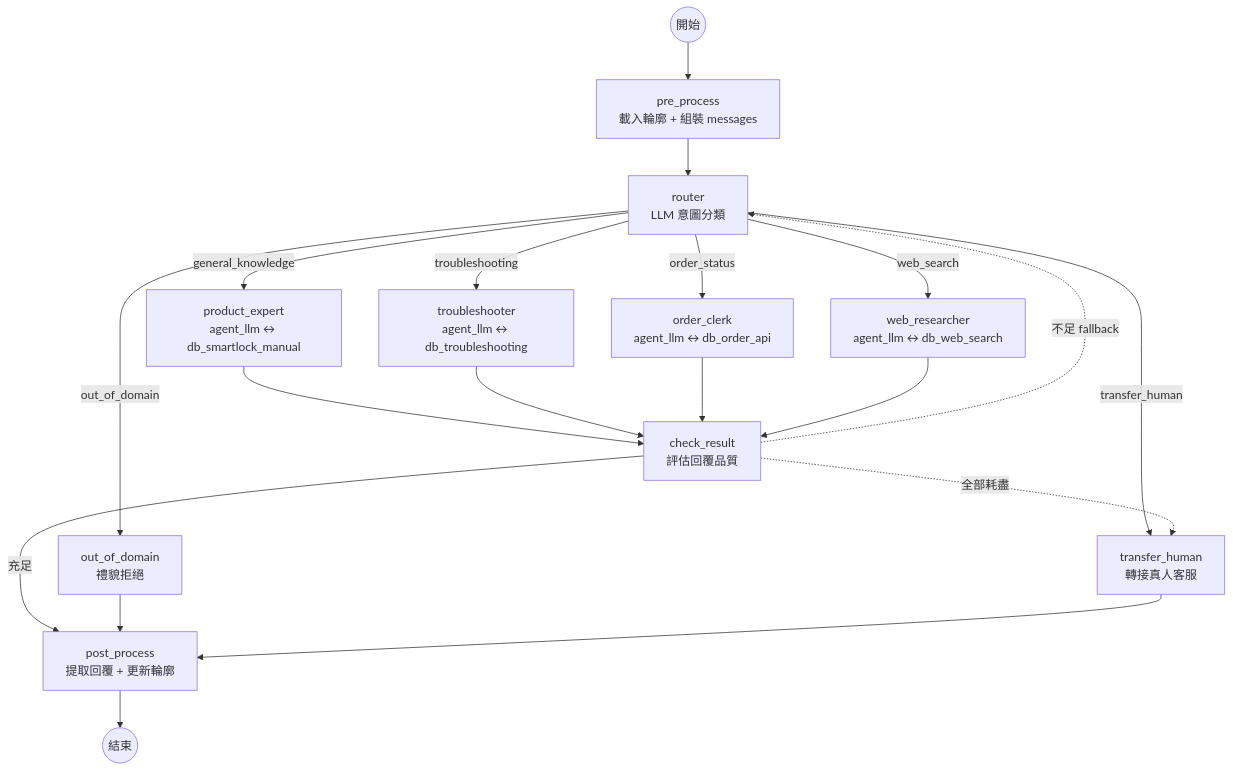
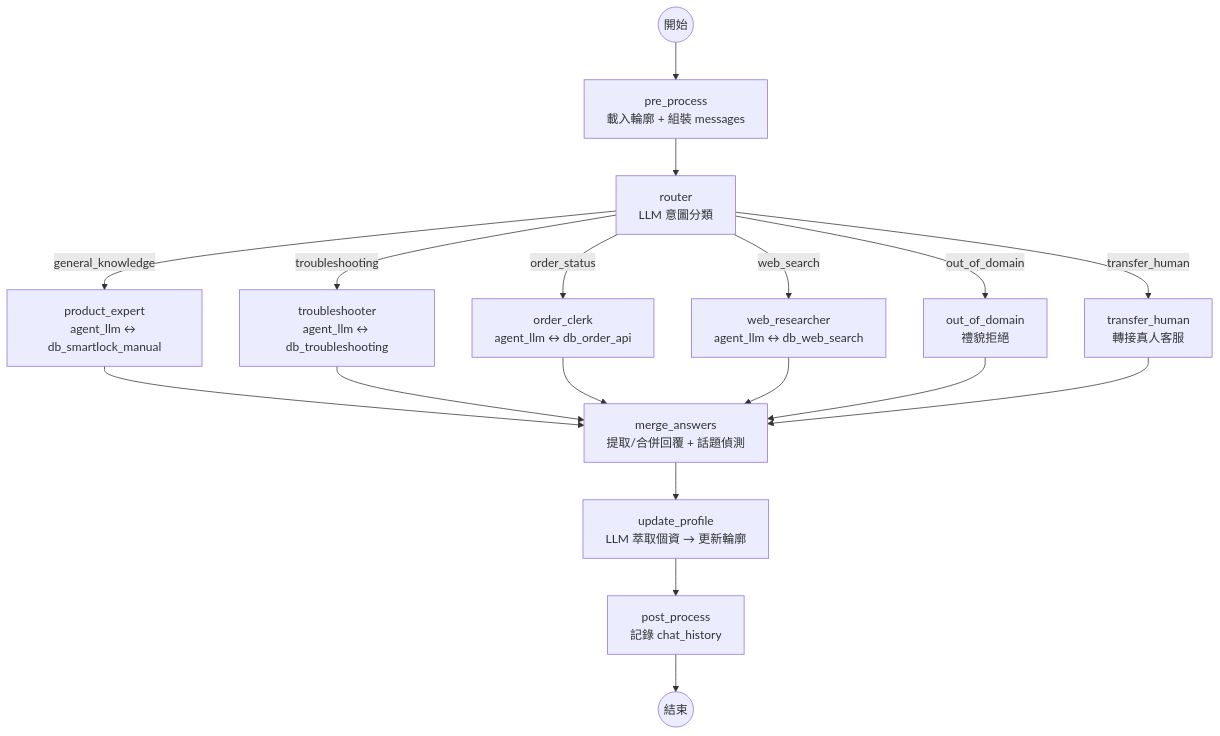
Before and after one commit to Imding1211/lock_AI_Agent: the diagram in docs/20260310-進度報告.md, drawn with Mermaid. The commit also changed other lines of this file and 5 other files, not shown here.

First line of the commit message:
docs: 更新進度報告與架構圖，新增時序圖與架構截圖

````diff
--- a/docs/20260310-進度報告.md
+++ b/docs/20260310-進度報告.md
@@ -73,26 +88,24 @@
 ```mermaid
 graph TD
     START((開始)) --> pre_process["pre_process<br/>載入輪廓 + 組裝 messages"]
 
     pre_process --> router["router<br/>LLM 意圖分類"]
 
     router -->|"general_knowledge"| PE["product_expert<br/>agent_llm ↔ db_smartlock_manual"]
     router -->|"troubleshooting"| TS["troubleshooter<br/>agent_llm ↔ db_troubleshooting"]
     router -->|"order_status"| OC["order_clerk<br/>agent_llm ↔ db_order_api"]
     router -->|"web_search"| WR["web_researcher<br/>agent_llm ↔ db_web_search"]
     router -->|"out_of_domain"| OOD["out_of_domain<br/>禮貌拒絕"]
     router -->|"transfer_human"| HUM["transfer_human<br/>轉接真人客服"]
 
-    PE --> check["check_result<br/>評估回覆品質"]
-    TS --> check
-    OC --> check
-    WR --> check
+    PE --> merge["merge_answers<br/>提取/合併回覆 + 話題偵測"]
+    TS --> merge
+    OC --> merge
+    WR --> merge
+    OOD --> merge
+    HUM --> merge
 
-    check -->|"充足"| post["post_process<br/>提取回覆 + 更新輪廓"]
-    check -.->|"不足 fallback"| router
-    check -.->|"全部耗盡"| HUM
-
-    OOD --> post
-    HUM --> post
+    merge --> profile["update_profile<br/>LLM 萃取個資 → 更新輪廓"]
+    profile --> post["post_process<br/>記錄 chat_history"]
     post --> END((結束))
 ```
````
